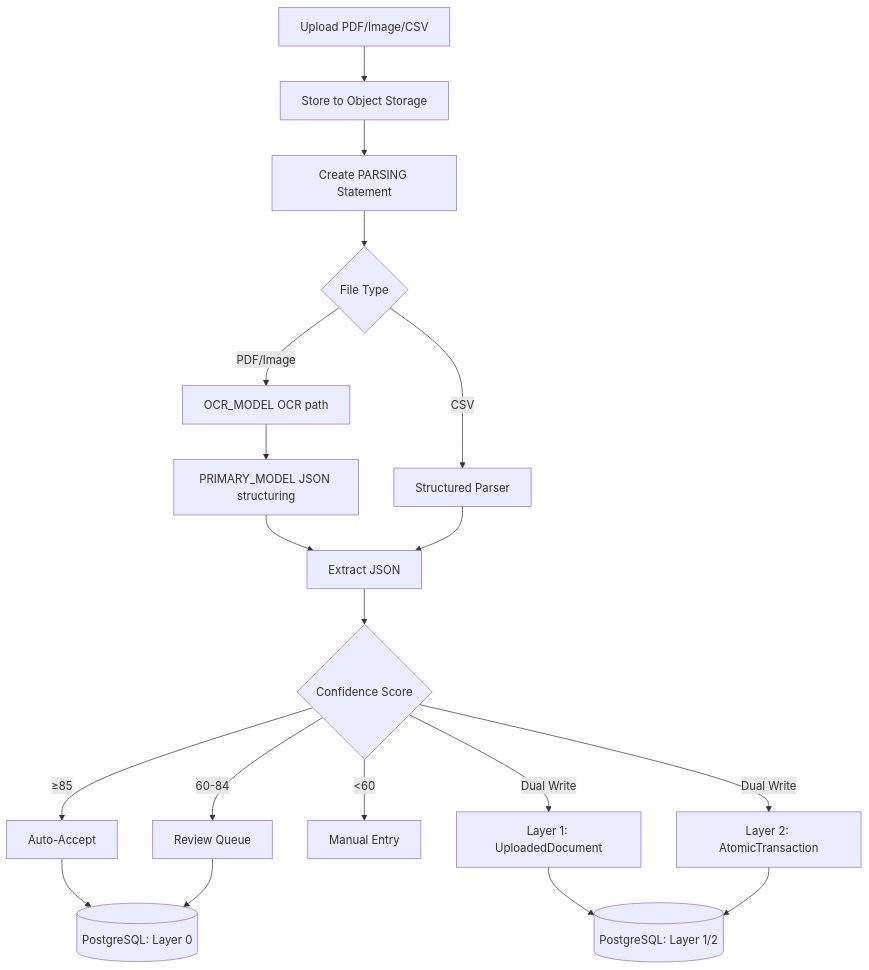
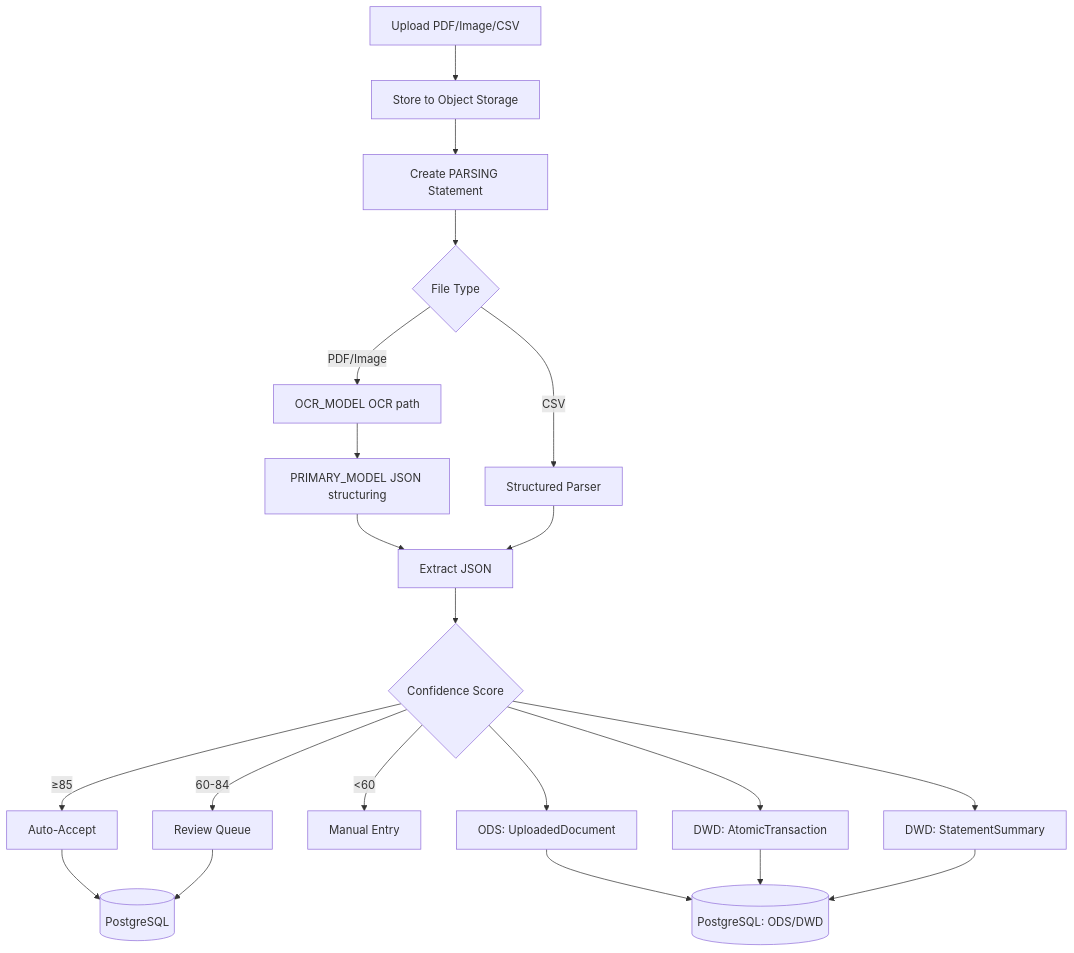
The diagram in docs/ssot/extraction.md (wangzitian0/finance_report), drawn with Mermaid before and after one commit. The commit also changed other lines of this file and 31 other files, not shown here.

````diff
--- a/docs/ssot/extraction.md
+++ b/docs/ssot/extraction.md
@@ -26,23 +26,25 @@
 ```mermaid
 flowchart TB
     A[Upload PDF/Image/CSV] --> S[Store to Object Storage]
     S --> P[Create PARSING Statement]
     P --> B{File Type}
     B -->|PDF/Image| C["OCR_MODEL OCR path"]
     C --> C2["PRIMARY_MODEL JSON structuring"]
     B -->|CSV| D[Structured Parser]
     C2 --> E[Extract JSON]
     D --> E
     E --> F{Confidence Score}
     F -->|≥85| G[Auto-Accept]
     F -->|60-84| H[Review Queue]
     F -->|<60| I[Manual Entry]
-    G --> J[(PostgreSQL: Layer 0)]
+    G --> J[(PostgreSQL)]
     H --> J
-    
-    %% EPIC-011 Dual Write
-    F -->|Dual Write| K[Layer 1: UploadedDocument]
-    F -->|Dual Write| L[Layer 2: AtomicTransaction]
-    K --> M[(PostgreSQL: Layer 1/2)]
+
+    %% EPIC-011 Direct Writes
+    F --> K[ODS: UploadedDocument]
+    F --> L[DWD: AtomicTransaction]
+    F --> N[DWD: StatementSummary]
+    K --> M[(PostgreSQL: ODS/DWD)]
     L --> M
+    N --> M
 ```
````
